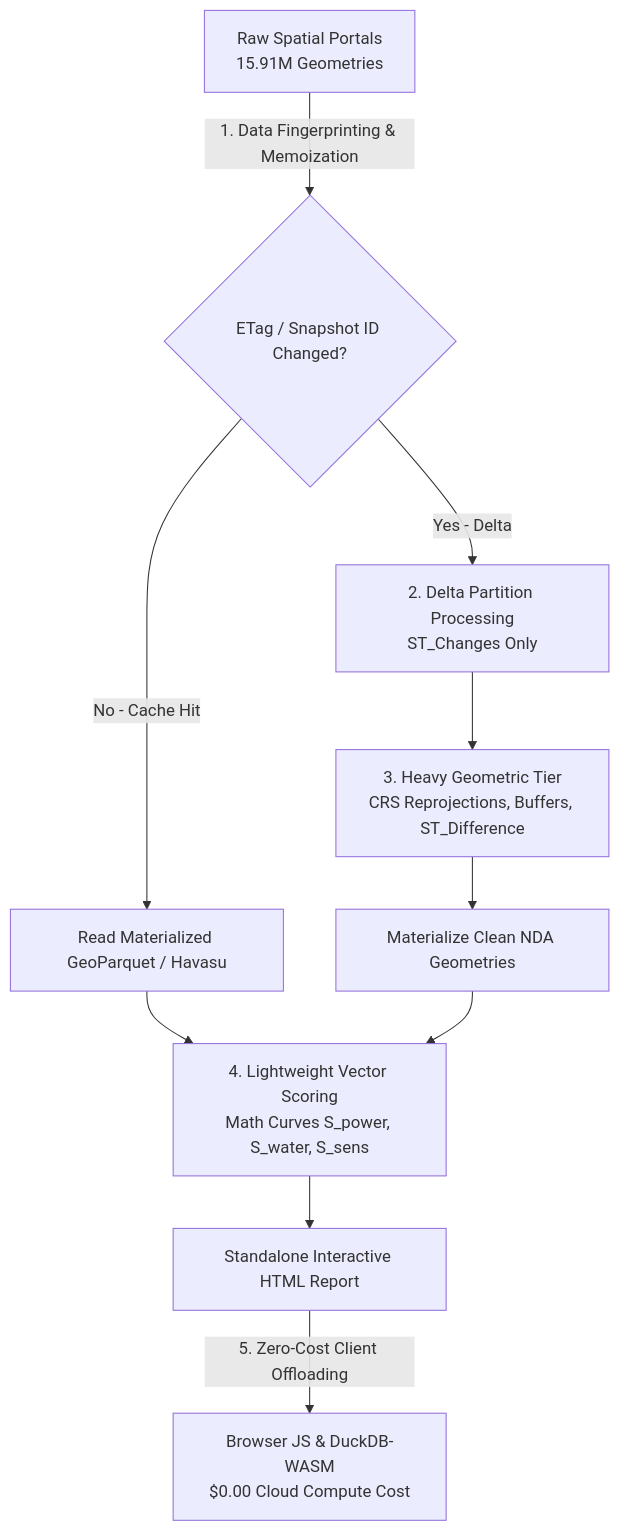
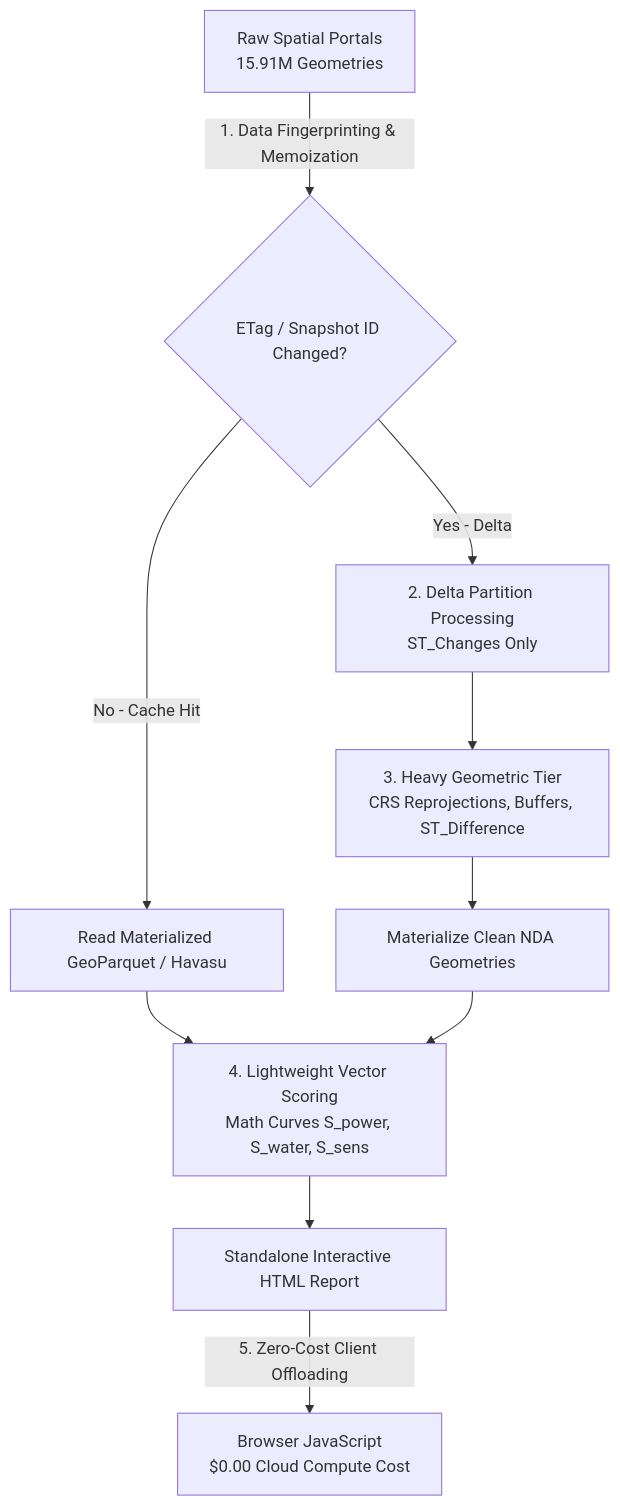
Before and after one commit to GetBack2Basics/aura_siting_crafter: the diagram in docs/cost_reduction_and_incremental_compute.md, drawn with Mermaid. The commit also changed other lines of this file and 5 other files, not shown here.

Commit message:
fix: align zero-cost client simulation to JavaScript and harmonize row-click classifier with isMicroSited

````diff
--- a/docs/cost_reduction_and_incremental_compute.md
+++ b/docs/cost_reduction_and_incremental_compute.md
@@ -40,12 +40,12 @@
 ```mermaid
 flowchart TD
     A[Raw Spatial Portals\n15.91M Geometries] -->|1. Data Fingerprinting & Memoization| B{ETag / Snapshot ID Changed?}
     B -->|No - Cache Hit| C[Read Materialized GeoParquet / Havasu]
     B -->|Yes - Delta| D[2. Delta Partition Processing\nST_Changes Only]
     D --> E[3. Heavy Geometric Tier\nCRS Reprojections, Buffers, ST_Difference]
     E --> F[Materialize Clean NDA Geometries]
     C --> G[4. Lightweight Vector Scoring\nMath Curves S_power, S_water, S_sens]
     F --> G
     G --> H[Standalone Interactive HTML Report]
-    H -->|5. Zero-Cost Client Offloading| I[Browser JS & DuckDB-WASM\n$0.00 Cloud Compute Cost]
+    H -->|5. Zero-Cost Client Offloading| I[Browser JavaScript\n$0.00 Cloud Compute Cost]
 ```
````
